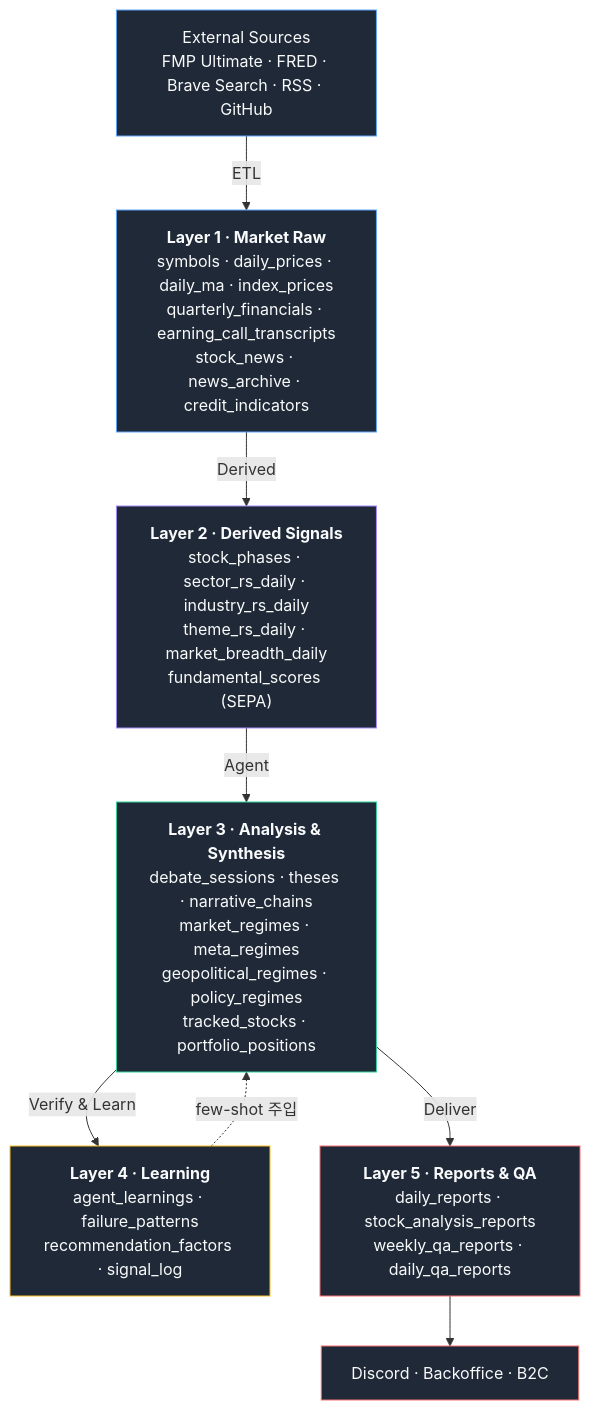
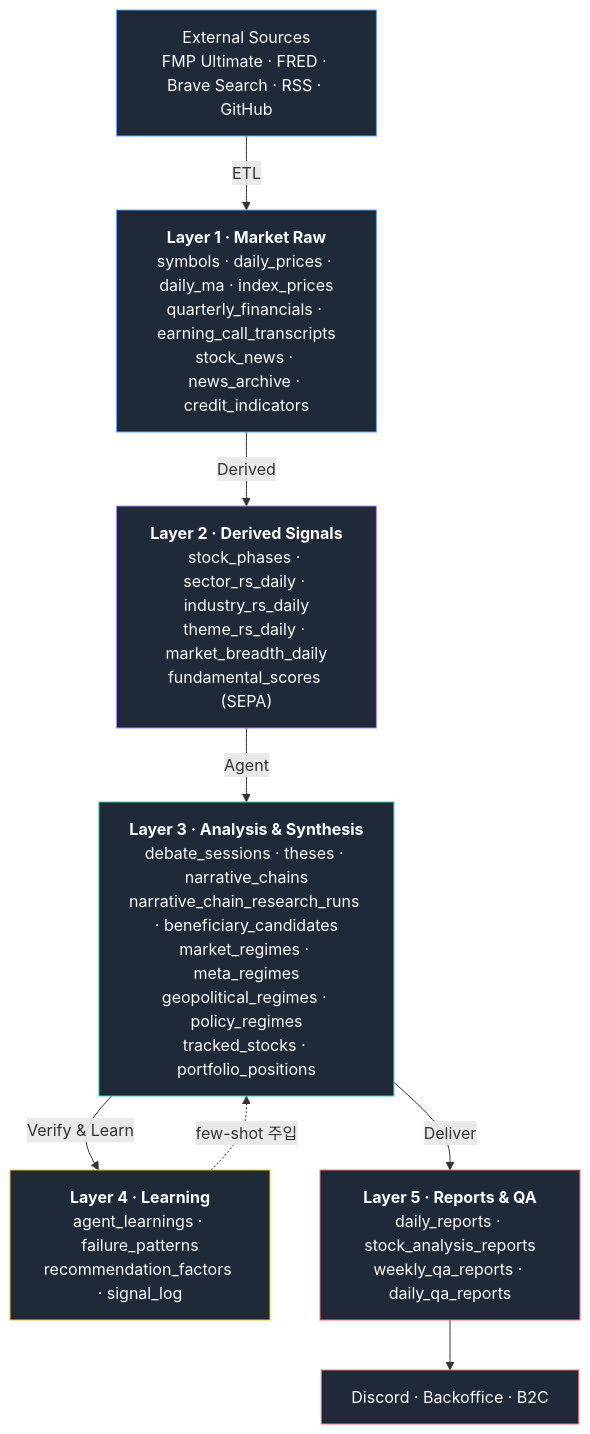
One commit to sossost/market-analyst-showcase changed the second of 2 diagrams in docs/architecture.md. Above: the diagram before and after it, drawn with Mermaid. The commit also changed other lines of this file and 2 other files, not shown here.

First line of the commit message:
docs: add chain-researcher deep research + lifecycle transition

````diff
--- a/docs/architecture.md
+++ b/docs/architecture.md
@@ -43,29 +43,29 @@
 ```mermaid
 flowchart TB
     EXT["External Sources<br/>FMP Ultimate · FRED · Brave Search · RSS · GitHub"]
     L1["<b>Layer 1 · Market Raw</b><br/>symbols · daily_prices · daily_ma · index_prices<br/>quarterly_financials · earning_call_transcripts<br/>stock_news · news_archive · credit_indicators"]
     L2["<b>Layer 2 · Derived Signals</b><br/>stock_phases · sector_rs_daily · industry_rs_daily<br/>theme_rs_daily · market_breadth_daily<br/>fundamental_scores (SEPA)"]
-    L3["<b>Layer 3 · Analysis & Synthesis</b><br/>debate_sessions · theses · narrative_chains<br/>market_regimes · meta_regimes<br/>geopolitical_regimes · policy_regimes<br/>tracked_stocks · portfolio_positions"]
+    L3["<b>Layer 3 · Analysis & Synthesis</b><br/>debate_sessions · theses · narrative_chains<br/>narrative_chain_research_runs · beneficiary_candidates<br/>market_regimes · meta_regimes<br/>geopolitical_regimes · policy_regimes<br/>tracked_stocks · portfolio_positions"]
     L4["<b>Layer 4 · Learning</b><br/>agent_learnings · failure_patterns<br/>recommendation_factors · signal_log"]
     L5["<b>Layer 5 · Reports & QA</b><br/>daily_reports · stock_analysis_reports<br/>weekly_qa_reports · daily_qa_reports"]
     OUT["Discord · Backoffice · B2C"]
 
     EXT -->|ETL| L1
     L1 -->|Derived| L2
     L2 -->|Agent| L3
     L3 -->|Verify & Learn| L4
     L4 -. few-shot 주입 .-> L3
     L3 -->|Deliver| L5
     L5 --> OUT
 
     classDef raw fill:#1f2937,stroke:#60a5fa,color:#f9fafb
     classDef derived fill:#1f2937,stroke:#a78bfa,color:#f9fafb
     classDef agent fill:#1f2937,stroke:#34d399,color:#f9fafb
     classDef learn fill:#1f2937,stroke:#fbbf24,color:#f9fafb
     classDef out fill:#1f2937,stroke:#f87171,color:#f9fafb
     class EXT,L1 raw
     class L2 derived
     class L3 agent
     class L4 learn
     class L5,OUT out
 ```
````
